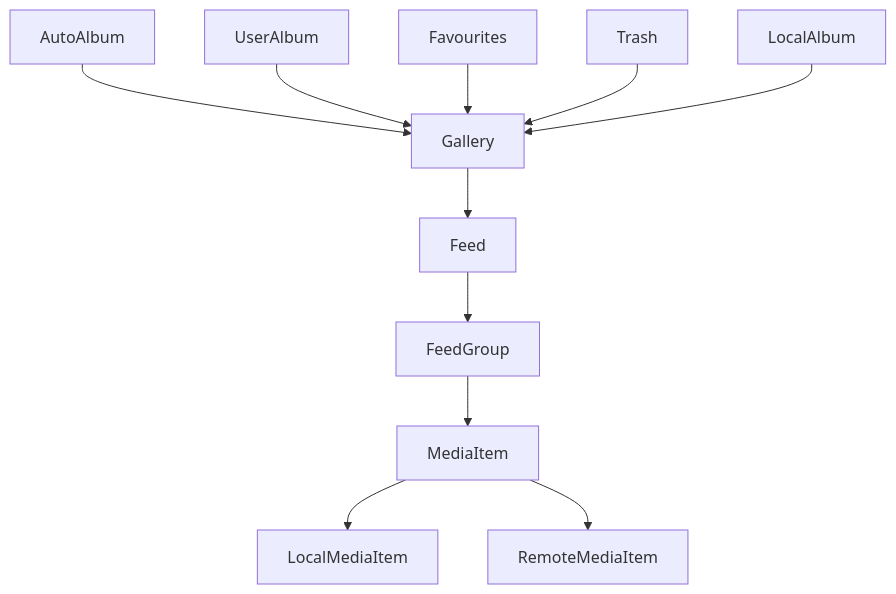
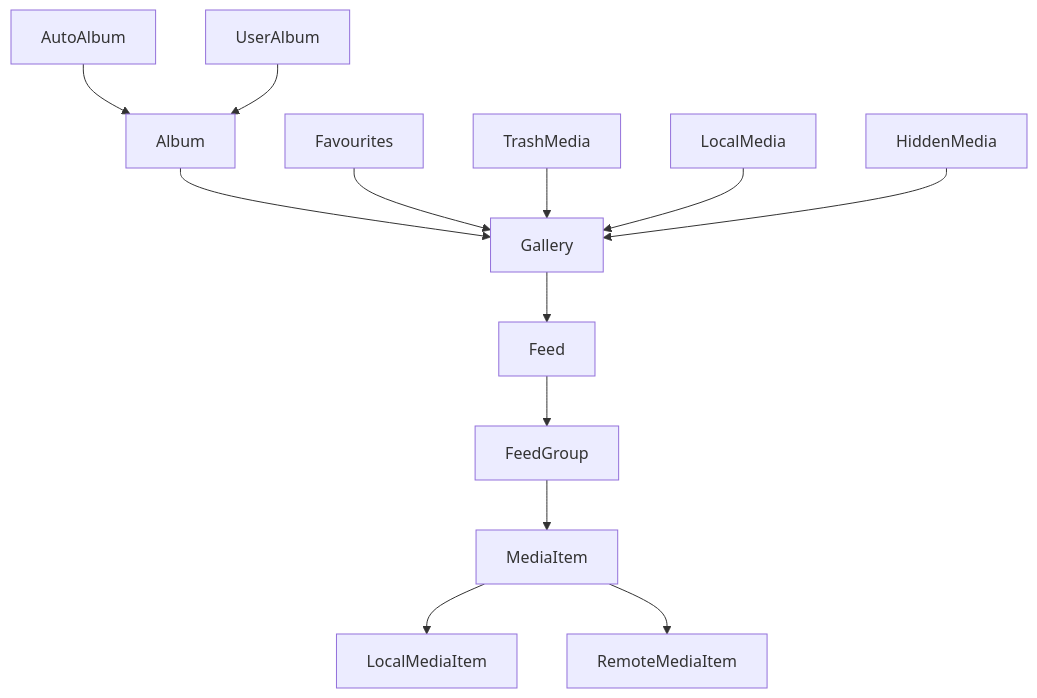
The diagram in domain-model.md (savvasdalkitsis/uhuruphotos-android), drawn with Mermaid before and after one commit. The commit also changed 175 other files, not shown here.

````diff
--- a/domain-model.md
+++ b/domain-model.md
@@ -5,13 +5,15 @@
 ```mermaid
 graph TD;
     Gallery-->Feed;
     Feed-->FeedGroup;
     FeedGroup-->MediaItem;
     MediaItem-->LocalMediaItem;
     MediaItem-->RemoteMediaItem;
-    AutoAlbum-->Gallery;
-    UserAlbum-->Gallery;
+    AutoAlbum-->Album;
+    UserAlbum-->Album;
+    Album-->Gallery;
     Favourites-->Gallery;
-    Trash-->Gallery;
-    LocalAlbum-->Gallery;
+    TrashMedia-->Gallery;
+    LocalMedia-->Gallery;
+    HiddenMedia-->Gallery;
 ```
````
